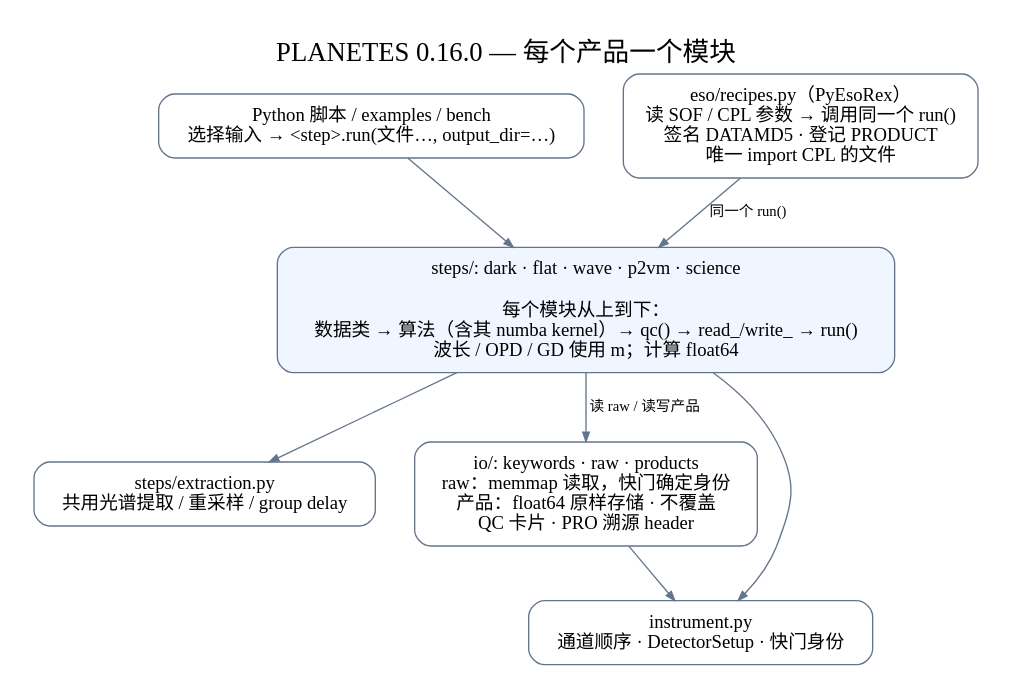
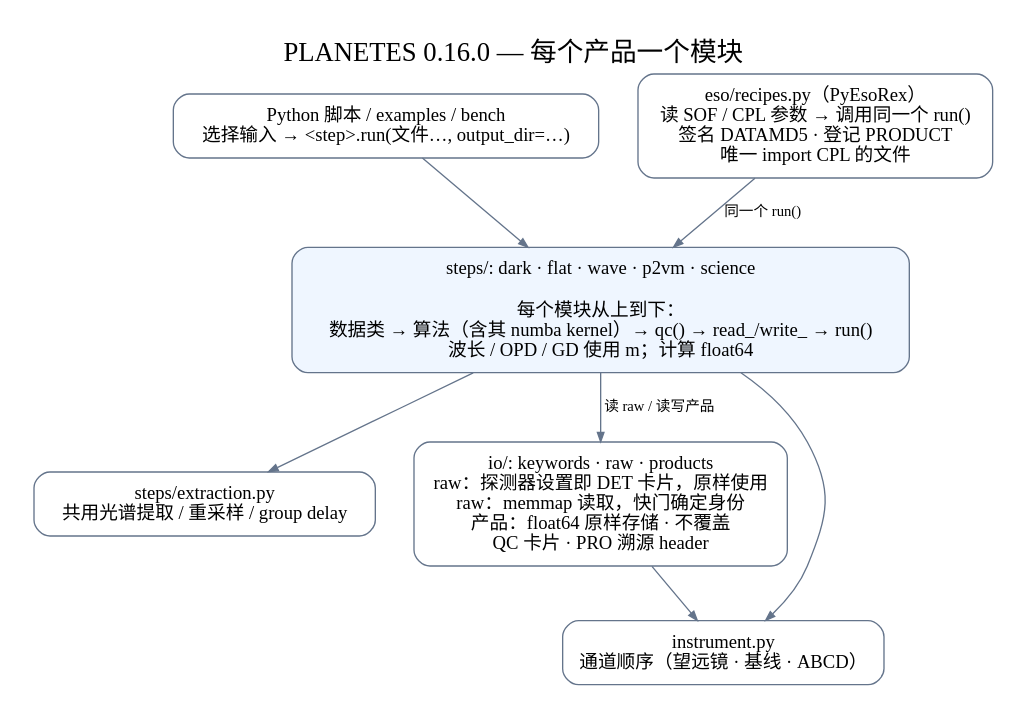
The diagram in docs/architecture.dot (zexwu/planetes_pipe), drawn with Graphviz before and after one commit. The commit also changed 20 other files, not shown here.

First line of the commit message:
Use the recorded ESO DET cards as the detector setup

```diff
--- a/docs/architecture.dot
+++ b/docs/architecture.dot
@@ -1,19 +1,19 @@
 digraph Architecture {
   graph [rankdir=TB, bgcolor="white", pad=0.25, nodesep=0.4, ranksep=0.55, fontname="PingFang SC", fontsize=20, label="PLANETES 0.16.0 — 每个产品一个模块", labelloc=t];
   node [shape=box, style="rounded", fontname="PingFang SC", fontsize=14, color="#64748b", margin="0.16,0.12"];
   edge [fontname="PingFang SC", fontsize=11, color="#64748b", arrowsize=0.7];
   python [label="Python 脚本 / examples / bench\n选择输入 → <step>.run(文件…, output_dir=…)"];
   recipes [label="eso/recipes.py（PyEsoRex）\n读 SOF / CPL 参数 → 调用同一个 run()\n签名 DATAMD5 · 登记 PRODUCT\n唯一 import CPL 的文件"];
   steps [label="steps/: dark · flat · wave · p2vm · science\n\n每个模块从上到下：\n数据类 → 算法（含其 numba kernel）→ qc() → read_/write_ → run()\n波长 / OPD / GD 使用 m；计算 float64", style="rounded,filled", fillcolor="#eff6ff"];
   shared [label="steps/extraction.py\n共用光谱提取 / 重采样 / group delay"];
-  files [label="io/: keywords · raw · products\nraw：memmap 读取，快门确定身份\n产品：float64 原样存储 · 不覆盖\nQC 卡片 · PRO 溯源 header"];
+  files [label="io/: keywords · raw · products\nraw：探测器设置即 DET 卡片，原样使用\nraw：memmap 读取，快门确定身份\n产品：float64 原样存储 · 不覆盖\nQC 卡片 · PRO 溯源 header"];
   base [label="instrument.py
-通道顺序 · DetectorSetup · 快门身份"];
+通道顺序（望远镜 · 基线 · ABCD）"];
   {rank=same; python; recipes;}
   python -> steps;
   recipes -> steps [label="同一个 run()"];
   steps -> shared;
   steps -> files [label="读 raw / 读写产品"];
   files -> base;
   steps -> base;
 }
```
